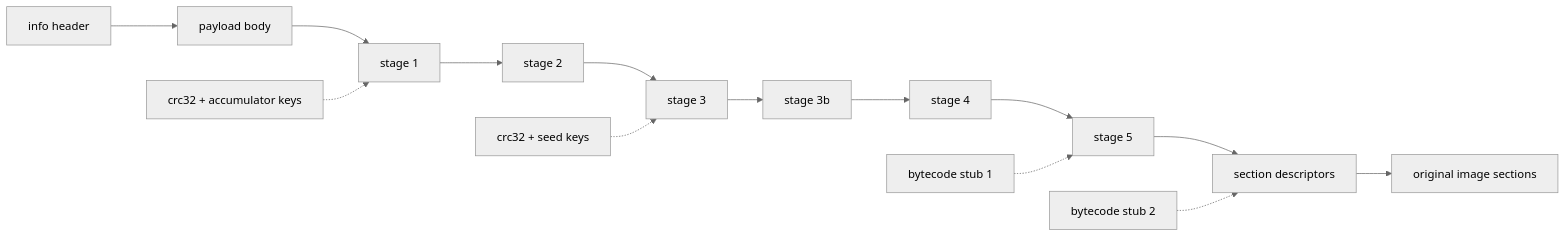
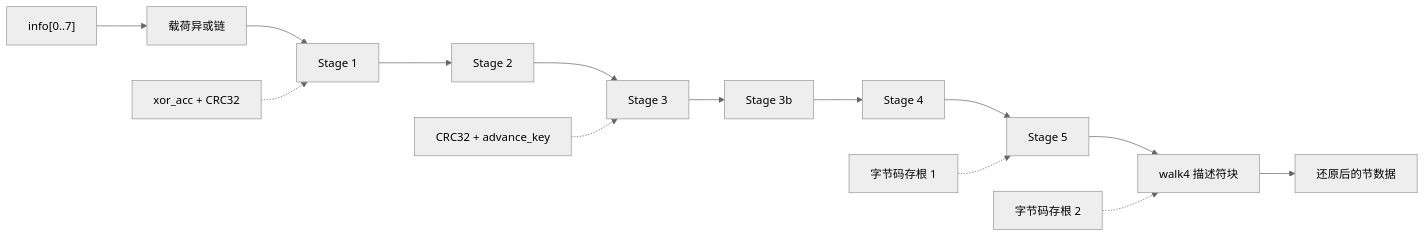
Before and after one commit to Momoko-Ayase/crackproof-research: the first of 2 diagrams in internals/windows/zh-cn/loading-and-pe-repair/loading/stage-chain.md, drawn with Mermaid (neutral theme). The commit also changed other lines of this file and 446 other files, not shown here.

````diff
--- a/internals/windows/zh-cn/loading-and-pe-repair/loading/stage-chain.md
+++ b/internals/windows/zh-cn/loading-and-pe-repair/loading/stage-chain.md
@@ -9,10 +10,10 @@
 ```mermaid
 flowchart LR
-    H["info header"] --> P["payload body"] --> S1["stage 1"] --> S2["stage 2"]
-    S2 --> S3["stage 3"] --> S3b["stage 3b"] --> S4["stage 4"] --> S5["stage 5"]
-    S5 --> SEC["section descriptors"] --> IMG["original image sections"]
-    C1["crc32 + accumulator keys"] -.-> S1
-    C2["crc32 + seed keys"] -.-> S3
-    C3["bytecode stub 1"] -.-> S5
-    C4["bytecode stub 2"] -.-> SEC
+    H["info[0..7]"] --> P["载荷异或链"] --> S1["Stage 1"] --> S2["Stage 2"]
+    S2 --> S3["Stage 3"] --> S3b["Stage 3b"] --> S4["Stage 4"] --> S5["Stage 5"]
+    S5 --> SEC["walk4 描述符块"] --> IMG["还原后的节数据"]
+    C1["xor_acc + CRC32"] -.-> S1
+    C2["CRC32 + advance_key"] -.-> S3
+    C3["字节码存根 1"] -.-> S5
+    C4["字节码存根 2"] -.-> SEC
 ```
````
